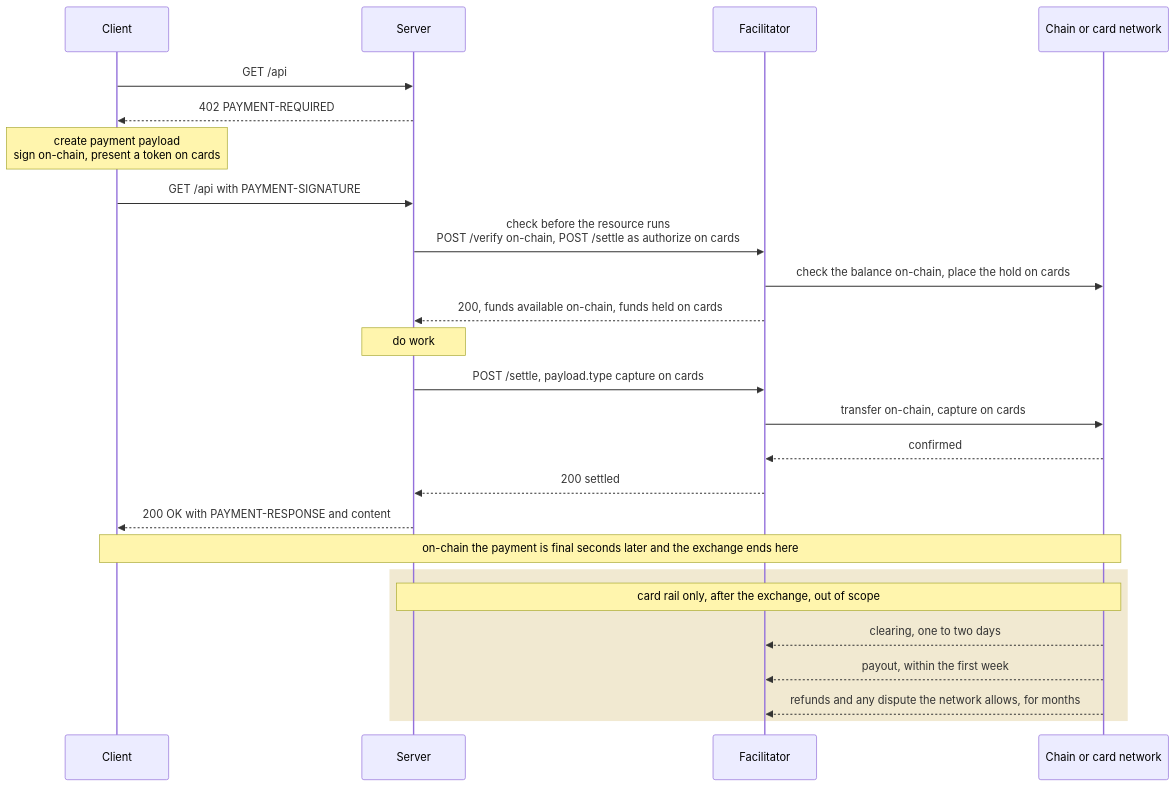
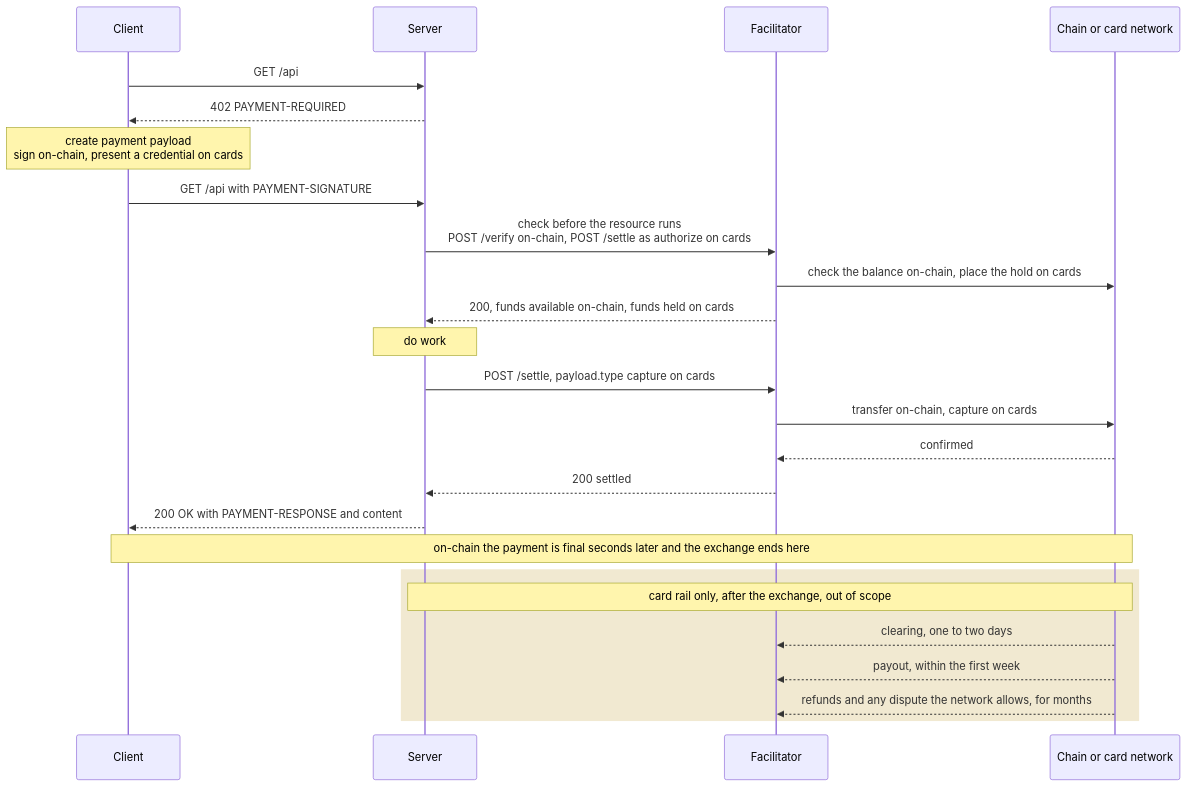
Before and after one commit to x402-foundation/x402: the first of 2 diagrams in specs/schemes/auth-capture/scheme_auth_capture_card.md, drawn with Mermaid. The commit also changed other lines of this file, not shown here.

Commit message:
spec: define card credential profiles and capabilities

````diff
--- a/specs/schemes/auth-capture/scheme_auth_capture_card.md
+++ b/specs/schemes/auth-capture/scheme_auth_capture_card.md
@@ -67,27 +66,27 @@
 ```mermaid
 sequenceDiagram
     participant C as Client
     participant S as Server
     participant F as Facilitator
     participant N as Chain or card network
     C->>S: GET /api
     S-->>C: 402 PAYMENT-REQUIRED
-    Note over C: create payment payload<br/>sign on-chain, present a token on cards
+    Note over C: create payment payload<br/>sign on-chain, present a credential on cards
     C->>S: GET /api with PAYMENT-SIGNATURE
     S->>F: check before the resource runs<br/>POST /verify on-chain, POST /settle as authorize on cards
     F->>N: check the balance on-chain, place the hold on cards
     F-->>S: 200, funds available on-chain, funds held on cards
     Note over S: do work
     S->>F: POST /settle, payload.type capture on cards
     F->>N: transfer on-chain, capture on cards
     N-->>F: confirmed
     F-->>S: 200 settled
     S-->>C: 200 OK with PAYMENT-RESPONSE and content
     Note over C,N: on-chain the payment is final seconds later and the exchange ends here
     rect rgba(176, 136, 0, 0.18)
         Note over S,N: card rail only, after the exchange, out of scope
         N-->>F: clearing, one to two days
         N-->>F: payout, within the first week
         N-->>F: refunds and any dispute the network allows, for months
     end
 ```
````
